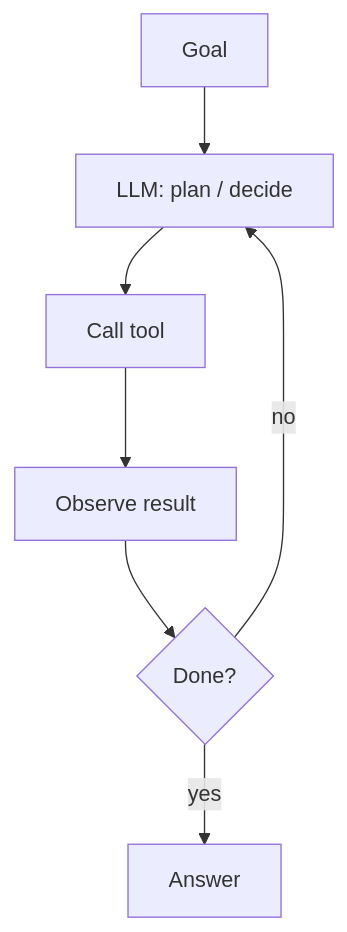
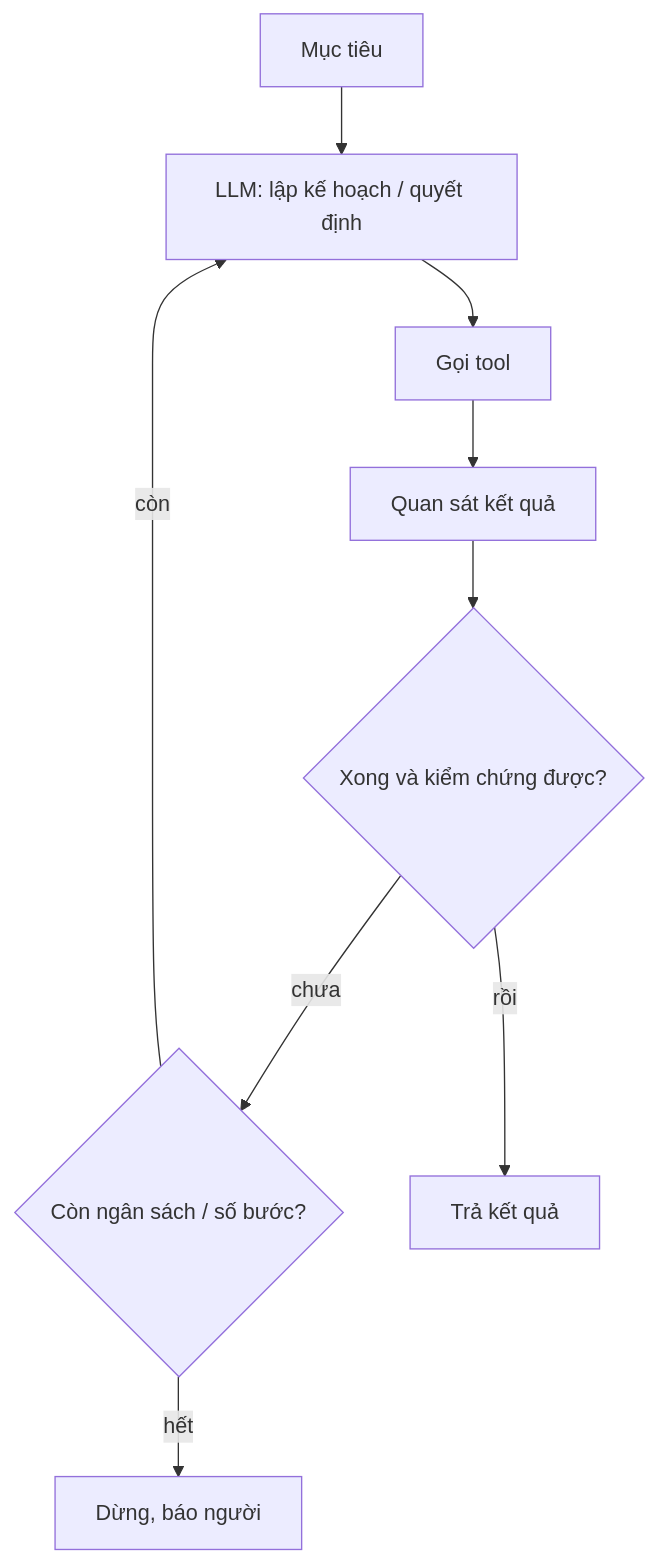
The diagram in src/assets/knowledge/playbooks/ai-engineering/ai-agents-agentic-loop.md (passion-Infinity/personal-tech-playbook), drawn with Mermaid before and after one commit. The commit also changed other lines of this file and 6 other files, not shown here.

````diff
--- a/src/assets/knowledge/playbooks/ai-engineering/ai-agents-agentic-loop.md
+++ b/src/assets/knowledge/playbooks/ai-engineering/ai-agents-agentic-loop.md
@@ -17,9 +42,11 @@
 ```mermaid
 flowchart TD
-    G[Goal] --> P["LLM: plan / decide"]
-    P --> T["Call tool"]
-    T --> O["Observe result"]
-    O --> D{Done?}
-    D -->|no| P
-    D -->|yes| R[Answer]
+    G["Mục tiêu"] --> P["LLM: lập kế hoạch / quyết định"]
+    P --> T["Gọi tool"]
+    T --> O["Quan sát kết quả"]
+    O --> V{"Xong và kiểm chứng được?"}
+    V -->|chưa| LIM{"Còn ngân sách / số bước?"}
+    LIM -->|còn| P
+    LIM -->|hết| STOP["Dừng, báo người"]
+    V -->|rồi| R["Trả kết quả"]
 ```
````
